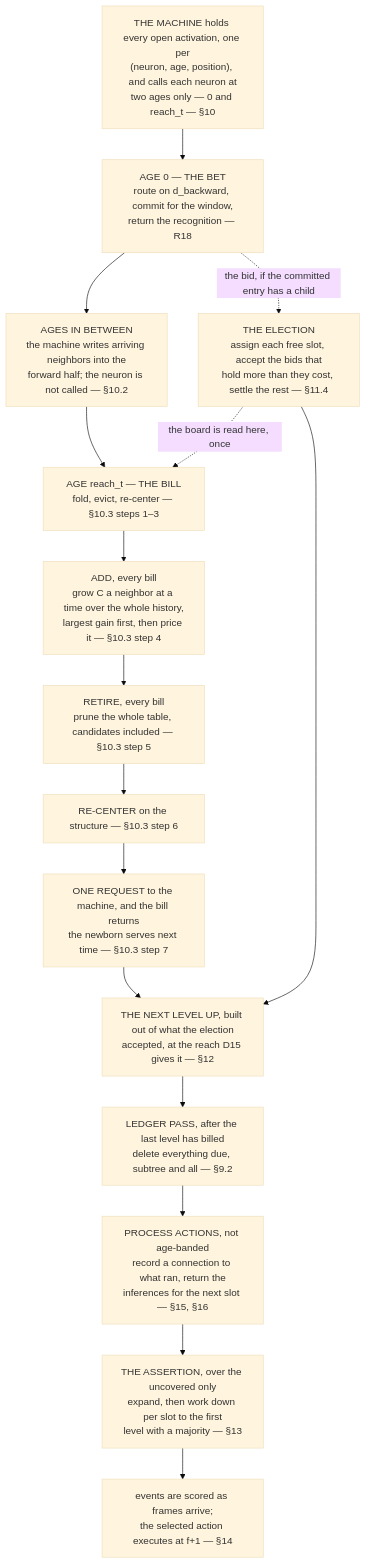
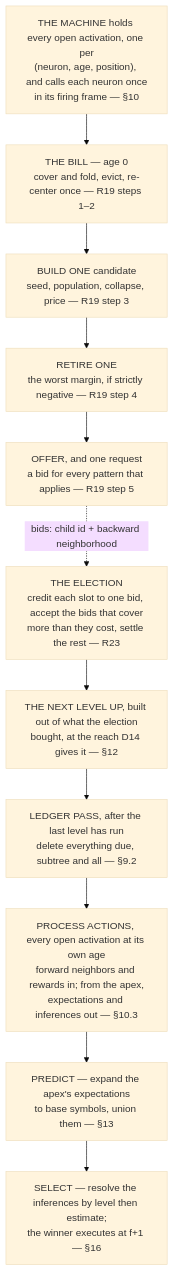
Before and after one commit to cucar/robot_brain: the diagram in docs/algorithm-remarks.md, drawn with Mermaid (base theme). The commit also changed other lines of this file and 1 other file, not shown here.

First line of the commit message:
renumber the remarks and the evaluation to the spec that pays once

````diff
--- a/docs/algorithm-remarks.md
+++ b/docs/algorithm-remarks.md
@@ -782,19 +774,14 @@
 ```mermaid
 flowchart TD
-    A["THE MACHINE holds every open activation, one per<br/>(neuron, age, position), and calls each neuron at<br/>two ages only — 0 and reach_t — §10"]
-    A --> D["AGE 0 — THE BET<br/>route on d_backward, commit for the window,<br/>return the recognition — R18"]
-    D -.->|"the bid, if the committed entry has a child"| X["THE ELECTION<br/>assign each free slot, accept the bids that<br/>hold more than they cost, settle the rest — §11.4"]
-    D --> C["AGES IN BETWEEN<br/>the machine writes arriving neighbors into the<br/>forward half; the neuron is not called — §10.2"]
-    C --> B["AGE reach_t — THE BILL<br/>fold, evict, re-center — §10.3 steps 1–3"]
-    X -.->|"the board is read here, once"| B
-    B --> M["ADD, every bill<br/>grow C a neighbor at a time over the whole history,<br/>largest gain first, then price it — §10.3 step 4"]
-    M --> DEL["RETIRE, every bill<br/>prune the whole table, candidates included — §10.3 step 5"]
-    DEL --> Q["RE-CENTER on the structure — §10.3 step 6"]
-    Q --> P["ONE REQUEST to the machine, and the bill returns<br/>the newborn serves next time — §10.3 step 7"]
-    P --> O["THE NEXT LEVEL UP, built out of what the election<br/>accepted, at the reach D15 gives it — §12"]
-    X --> O
-    O --> Z["LEDGER PASS, after the last level has billed<br/>delete everything due, subtree and all — §9.2"]
-    Z --> W["PROCESS ACTIONS, not age-banded<br/>record a connection to what ran, return the<br/>inferences for the next slot — §15, §16"]
-    W --> Y["THE ASSERTION, over the uncovered only<br/>expand, then work down per slot to the first<br/>level with a majority — §13"]
-    Y --> EV["events are scored as frames arrive;<br/>the selected action executes at f+1 — §14"]
+    A["THE MACHINE holds every open activation, one per<br/>(neuron, age, position), and calls each neuron once<br/>in its firing frame — §10"]
+    A --> B["THE BILL — age 0<br/>cover and fold, evict, re-center once — R19 steps 1–2"]
+    B --> M["BUILD ONE candidate<br/>seed, population, collapse, price — R19 step 3"]
+    M --> DEL["RETIRE ONE<br/>the worst margin, if strictly negative — R19 step 4"]
+    DEL --> P["OFFER, and one request<br/>a bid for every pattern that applies — R19 step 5"]
+    P -.->|"bids: child id + backward neighborhood"| X["THE ELECTION<br/>credit each slot to one bid, accept the bids that cover<br/>more than they cost, settle the rest — R23"]
+    X --> O["THE NEXT LEVEL UP, built out of what the election<br/>bought, at the reach D14 gives it — §12"]
+    O --> Z["LEDGER PASS, after the last level has run<br/>delete everything due, subtree and all — §9.2"]
+    Z --> W["PROCESS ACTIONS, every open activation at its own age<br/>forward neighbors and rewards in; from the apex,<br/>expectations and inferences out — §10.3"]
+    W --> Y["PREDICT — expand the apex's expectations<br/>to base symbols, union them — §13"]
+    Y --> S["SELECT — resolve the inferences by level then estimate;<br/>the winner executes at f+1 — §16"]
 ```
````
